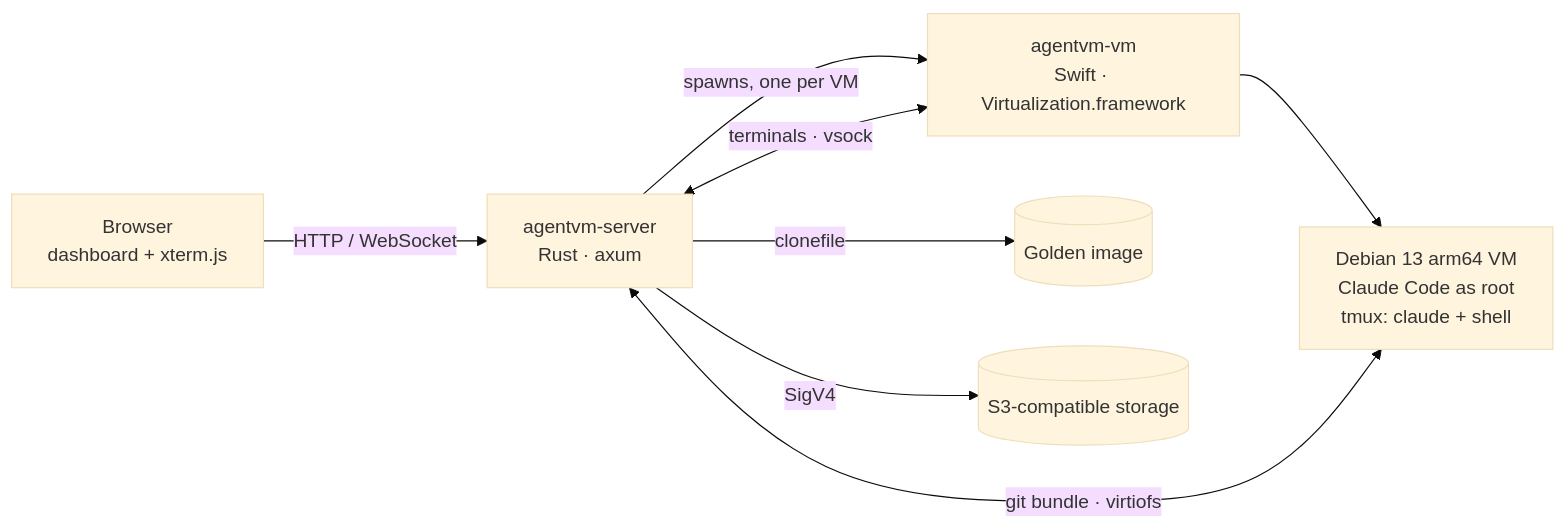
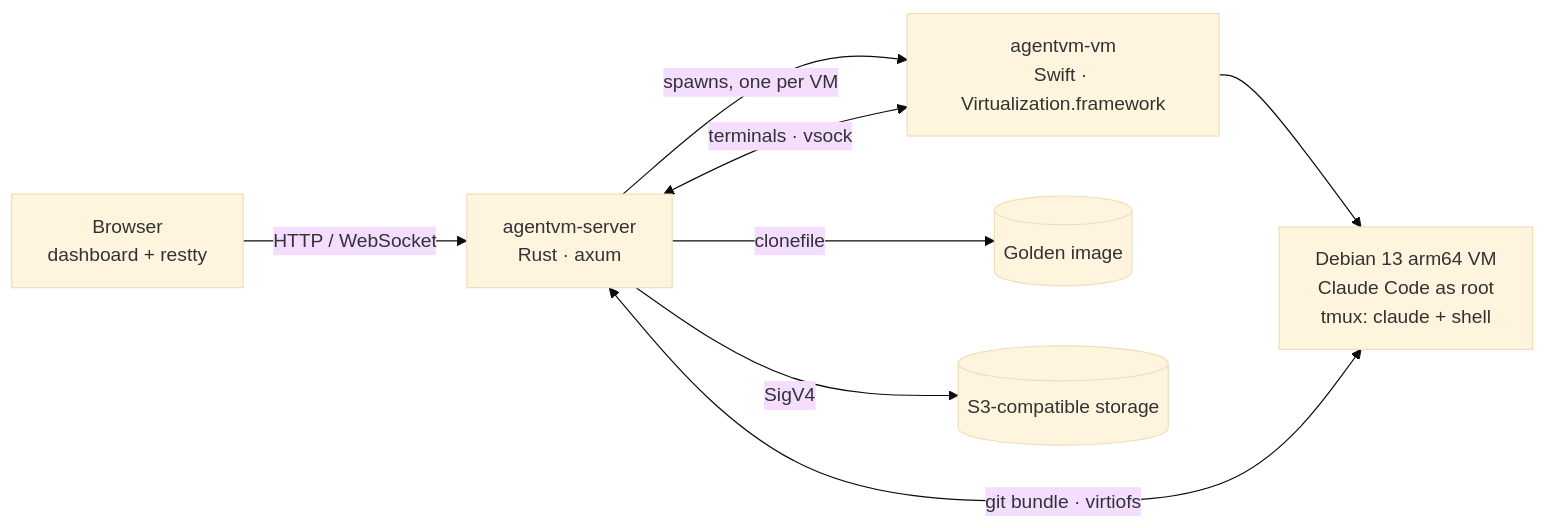
Before and after one commit to egeominotti/agentvm: the diagram in README.md, drawn with Mermaid (base theme). The commit also changed other lines of this file and 26 other files, not shown here.

First line of the commit message:
feat: terminals on restty (Ghostty's core, WebGPU), xterm.js only as the fallback

````diff
--- a/README.md
+++ b/README.md
@@ -167,10 +167,10 @@
 ```mermaid
 flowchart LR
-    B[Browser<br/>dashboard + xterm.js] -- HTTP / WebSocket --> S[agentvm-server<br/>Rust · axum]
+    B[Browser<br/>dashboard + restty] -- HTTP / WebSocket --> S[agentvm-server<br/>Rust · axum]
     S -- spawns, one per VM --> H[agentvm-vm<br/>Swift · Virtualization.framework]
     H --> V[Debian 13 arm64 VM<br/>Claude Code as root<br/>tmux: claude + shell]
     S <-- git bundle · virtiofs --> V
     S <-- terminals · vsock --> H
     S -- clonefile --> G[(Golden image)]
     S -- SigV4 --> O[(S3-compatible storage)]
 ```
````
